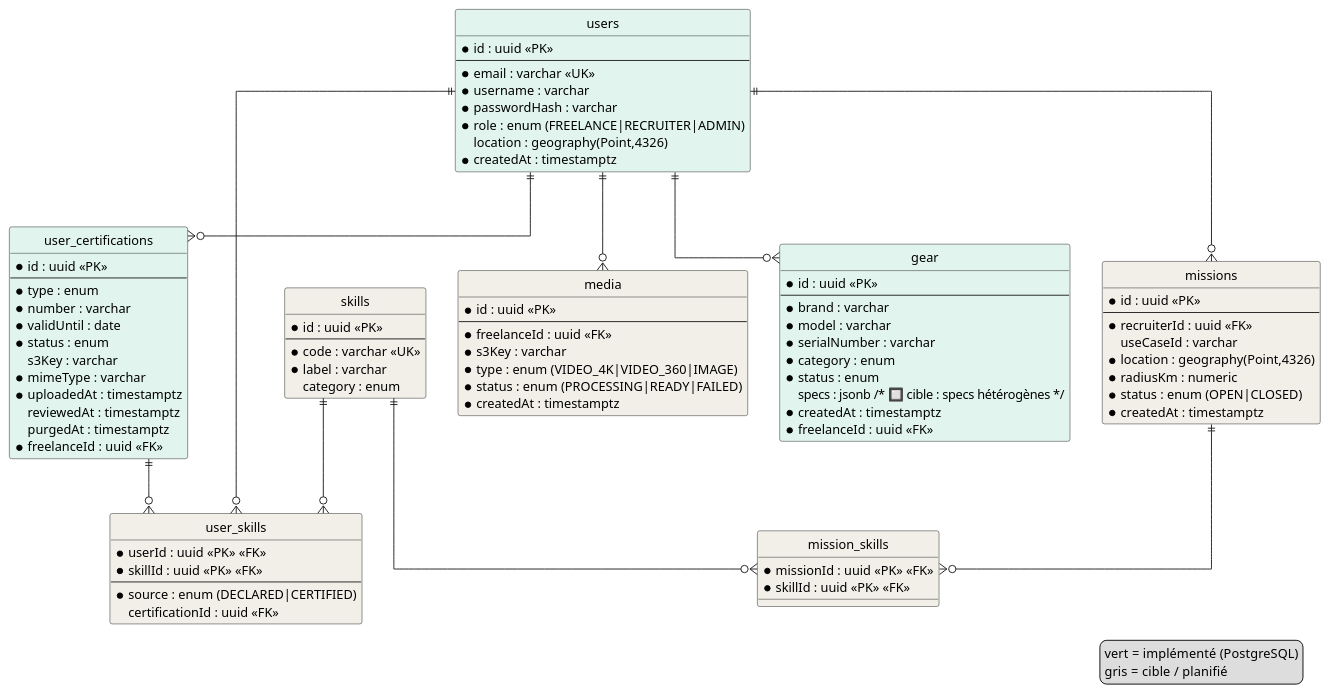
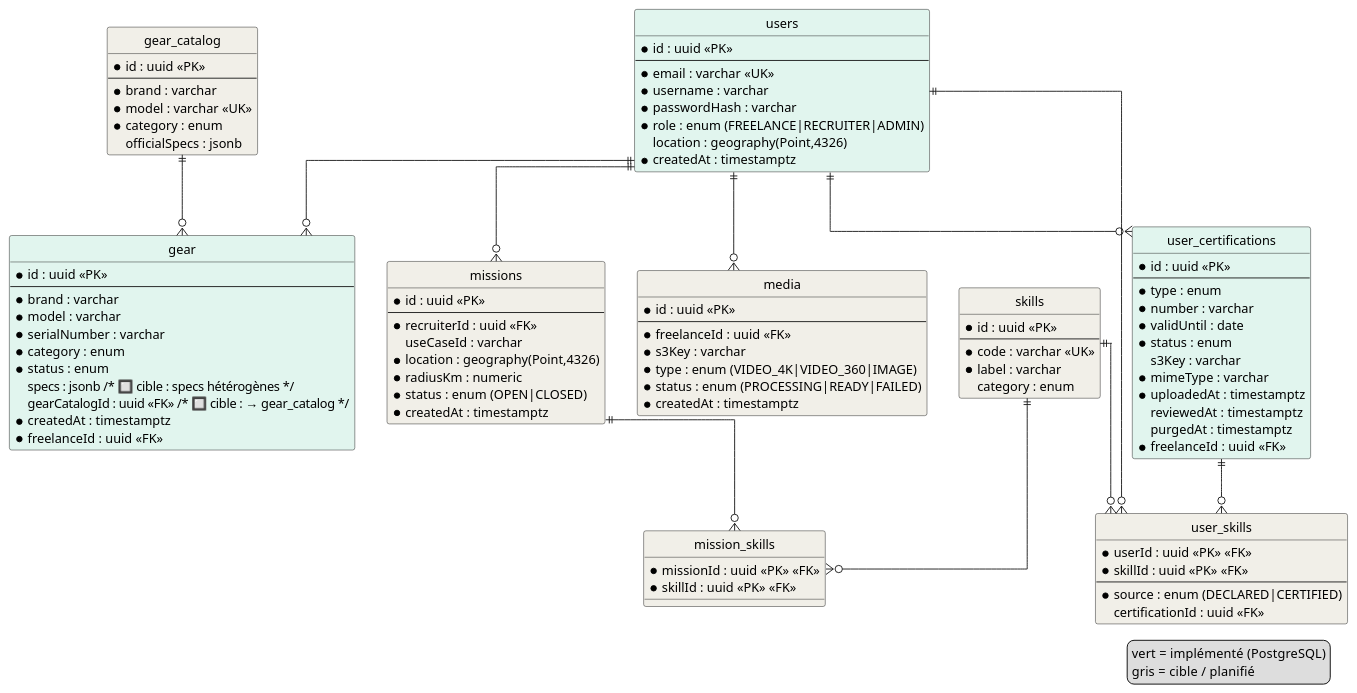
The diagram in docs/conception/sources-MCD-MLD.md (alixsanta/skillhunt), drawn with PlantUML before and after one commit. The commit also changed other lines of this file and 1 other file, not shown here.

Commit message:
docs(conception): normalisation gear_catalog en cible + 3e écart conception↔code
Réconcilie le modèle avec SCRUM-8 (MCD/MLD) : la conception prévoit un
gear_catalog (référentiel Admin, « catalogue officiel ») + jointure user_gear
M:N, alors que le MVP a un gear plat 1:N en texte libre. Ajout en cible :
- gear_catalog (brand/model/category/officialSpecs) + gear normalisé
  (gearCatalogId, purchaseDate, condition) jouant le rôle de user_gear.
- MCD/MLD, sources Mocodo + PlantUML synchronisés.
- §0 : liste désormais 3 écarts conception↔code (Armurerie Mongo→PG+JSONB,
  gear_catalog, persona B2C).

```diff
--- a/docs/conception/sources-MCD-MLD.md
+++ b/docs/conception/sources-MCD-MLD.md
@@ -73,6 +76,7 @@
   * category : enum
   * status : enum
   specs : jsonb  /* 🔲 cible : specs hétérogènes */
+  gearCatalogId : uuid <<FK>>  /* 🔲 cible : → gear_catalog */
   * createdAt : timestamptz
   * freelanceId : uuid <<FK>>
 }
@@ -92,6 +96,14 @@
 }
 
 ' ===== CIBLE (à implémenter) =====
+entity "gear_catalog" as gcat #F1EFE8 {
+  * id : uuid <<PK>>
+  --
+  * brand : varchar
+  * model : varchar <<UK>>
+  * category : enum
+  officialSpecs : jsonb
+}
 entity "skills" as skills #F1EFE8 {
   * id : uuid <<PK>>
   --
@@ -140,6 +152,7 @@
 cert ||--o{ uskills
 missions ||--o{ mskills
 skills ||--o{ mskills
+gcat ||--o{ gear
 
 legend right
   vert  = implémenté (PostgreSQL)
```
